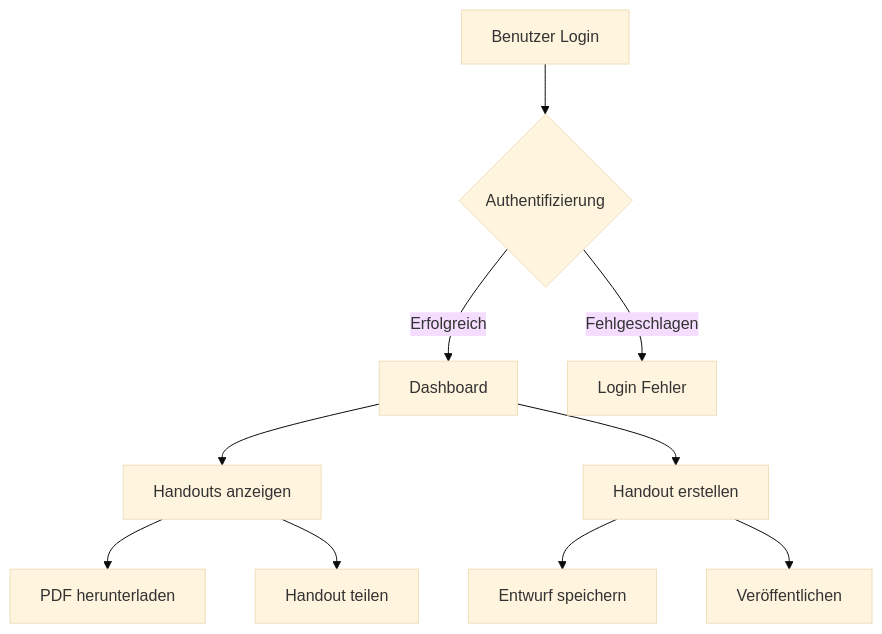
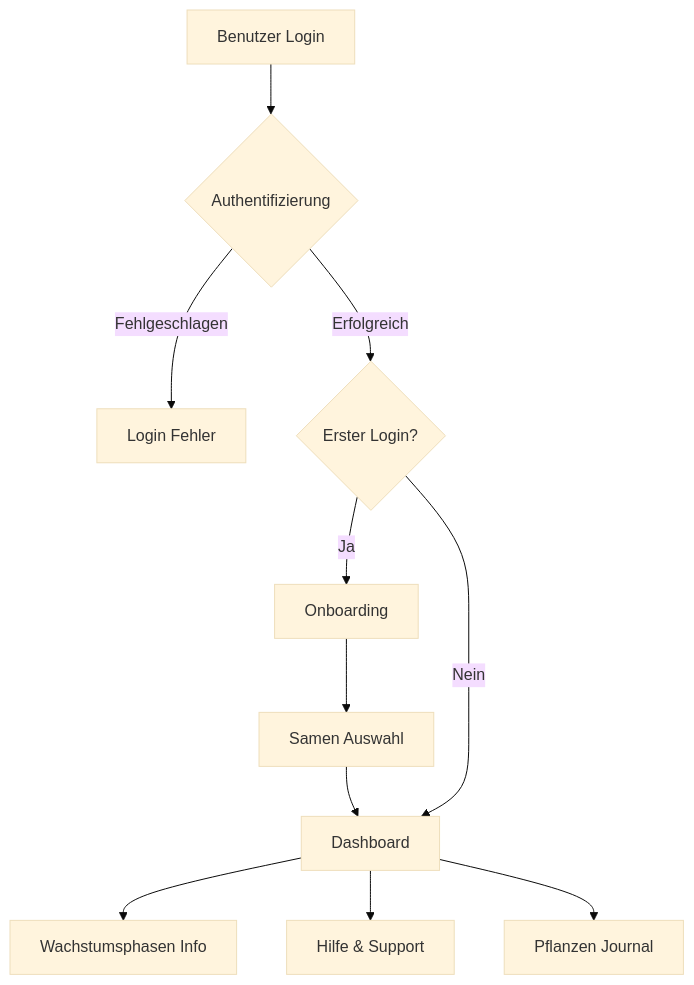
One commit to balefulduck/handout changed the first of 2 diagrams in README.md. Above: the diagram before and after it, drawn with Mermaid (base theme). The commit also changed other lines of this file, not shown here.

````diff
--- a/README.md
+++ b/README.md
@@ -8,12 +17,13 @@
 ```mermaid
 graph TD
     A[Benutzer Login] --> B{Authentifizierung}
-    B -->|Erfolgreich| C[Dashboard]
-    B -->|Fehlgeschlagen| D[Login Fehler]
-    C --> E[Handouts anzeigen]
-    C --> F[Handout erstellen]
-    F --> G[Entwurf speichern]
-    F --> H[Veröffentlichen]
-    E --> I[PDF herunterladen]
-    E --> J[Handout teilen]
+    B -->|Fehlgeschlagen| C[Login Fehler]
+    B -->|Erfolgreich| D{Erster Login?}
+    D -->|Ja| E[Onboarding]
+    E --> F[Samen Auswahl]
+    F --> G[Dashboard]
+    D -->|Nein| G
+    G --> H[Wachstumsphasen Info]
+    G --> I[Hilfe & Support]
+    G --> J[Pflanzen Journal]
 ```
````
